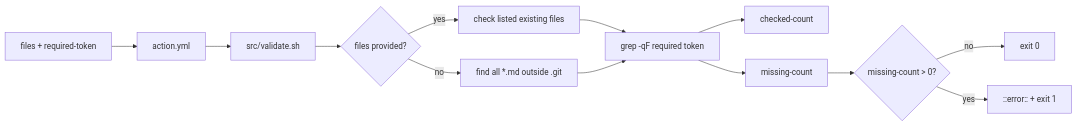
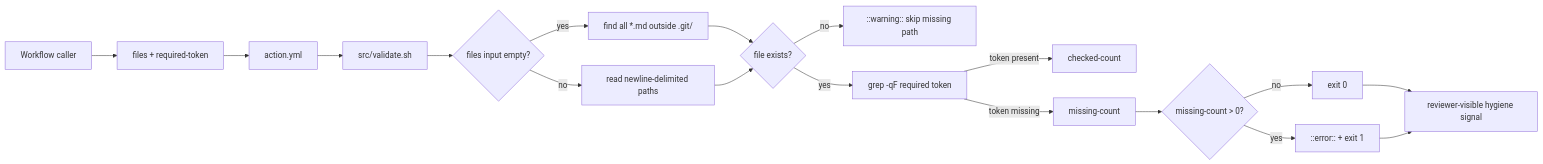
The diagram in .github/actions/metadata-validate/README.md (bartytime4life/Kansas-Frontier-Matrix), drawn with Mermaid before and after one commit. The commit also changed other lines of this file, not shown here.

````diff
--- a/.github/actions/metadata-validate/README.md
+++ b/.github/actions/metadata-validate/README.md
@@ -212,15 +393,26 @@
 ```mermaid
 flowchart LR
-  Inputs["files + required-token"] --> Action["action.yml"]
-  Action --> Script["src/validate.sh"]
-  Script --> Selection{"files provided?"}
-  Selection -- "yes" --> Listed["check listed existing files"]
-  Selection -- "no" --> Find["find all *.md outside .git"]
-  Listed --> Grep["grep -qF required token"]
-  Find --> Grep
-  Grep --> Pass["checked-count"]
-  Grep --> Missing["missing-count"]
-  Missing --> Error{"missing-count > 0?"}
-  Error -- "no" --> OK["exit 0"]
-  Error -- "yes" --> Fail["::error:: + exit 1"]
+  Caller[Workflow caller] --> Inputs["files + required-token"]
+  Inputs --> Action[action.yml]
+  Action --> Script[src/validate.sh]
+
+  Script --> Select{files input empty?}
+  Select -- yes --> WholeRepo["find all *.md outside .git/"]
+  Select -- no --> Listed["read newline-delimited paths"]
+
+  WholeRepo --> Existing{file exists?}
+  Listed --> Existing
+
+  Existing -- no --> Warn["::warning:: skip missing path"]
+  Existing -- yes --> Grep["grep -qF required token"]
+
+  Grep -- token present --> CountPass["checked-count"]
+  Grep -- token missing --> CountMissing["missing-count"]
+
+  CountMissing --> Fail{missing-count > 0?}
+  Fail -- no --> OK["exit 0"]
+  Fail -- yes --> Error["::error:: + exit 1"]
+
+  OK --> Review["reviewer-visible hygiene signal"]
+  Error --> Review
 ```
````
